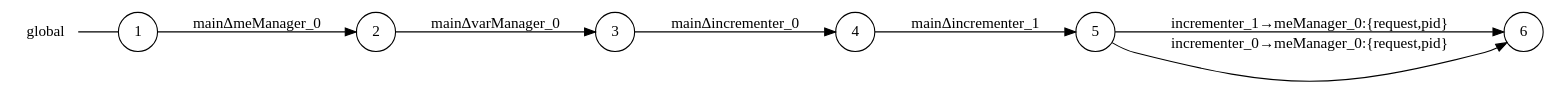
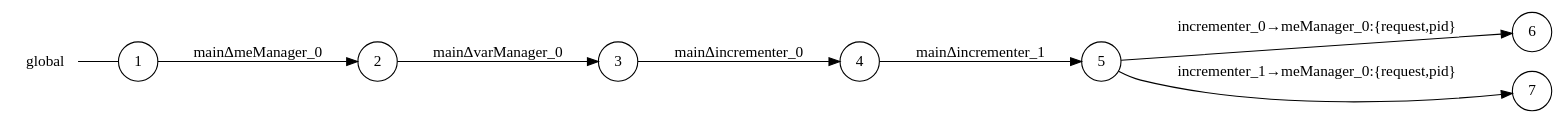
One commit to gabrielegenovese/chorer changed the diagram in examples/violation/main_global_view.dot. Above: the diagram before and after it, drawn with Graphviz. The commit also changed 34 other files, not shown here.

```diff
--- a/examples/violation/main_global_view.dot
+++ b/examples/violation/main_global_view.dot
@@ -1,18 +1,19 @@
 digraph global {
 	rankdir="LR";
 	n_0 [label="global", shape="plaintext"];
-	n_1 [id="5", shape=circle, label="6"];
-	n_2 [id="1", shape=circle, label="1"];
-	n_0 -> n_2 [arrowhead=none];
-	n_3 [id="2", shape=circle, label="2"];
-	n_4 [id="4", shape=circle, label="5"];
-	n_5 [id="7", shape=circle, label="4"];
-	n_6 [id="3", shape=circle, label="3"];
+	n_1 [id="5", shape=circle, label="5"];
+	n_2 [id="6", shape=circle, label="6"];
+	n_3 [id="1", shape=circle, label="1"];
+	n_0 -> n_3 [arrowhead=none];
+	n_4 [id="2", shape=circle, label="2"];
+	n_5 [id="4", shape=circle, label="4"];
+	n_6 [id="7", shape=circle, label="7"];
+	n_7 [id="3", shape=circle, label="3"];
 
-	n_6 -> n_5 [id="[$e|3]", label="mainΔincrementer_0"];
-	n_4 -> n_1 [id="[$e|1]", label="incrementer_1→meManager_0:{request,pid}"];
-	n_3 -> n_6 [id="[$e|0]", label="mainΔvarManager_0"];
-	n_4 -> n_1 [id="[$e|6]", label="incrementer_0→meManager_0:{request,pid}"];
-	n_5 -> n_4 [id="[$e|4]", label="mainΔincrementer_1"];
-	n_2 -> n_3 [id="[$e|2]", label="mainΔmeManager_0"];
+	n_7 -> n_5 [id="[$e|2]", label="mainΔincrementer_0"];
+	n_5 -> n_1 [id="[$e|3]", label="mainΔincrementer_1"];
+	n_1 -> n_2 [id="[$e|4]", label="incrementer_0→meManager_0:{request,pid}"];
+	n_4 -> n_7 [id="[$e|1]", label="mainΔvarManager_0"];
+	n_3 -> n_4 [id="[$e|0]", label="mainΔmeManager_0"];
+	n_1 -> n_6 [id="[$e|5]", label="incrementer_1→meManager_0:{request,pid}"];
 }
```
